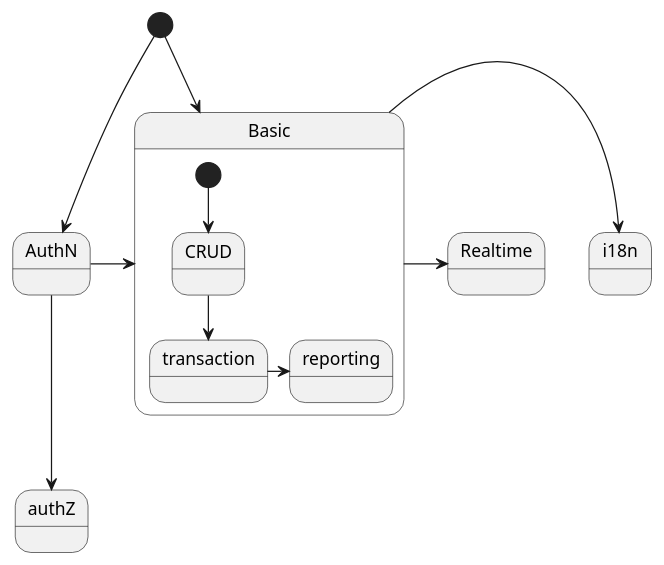
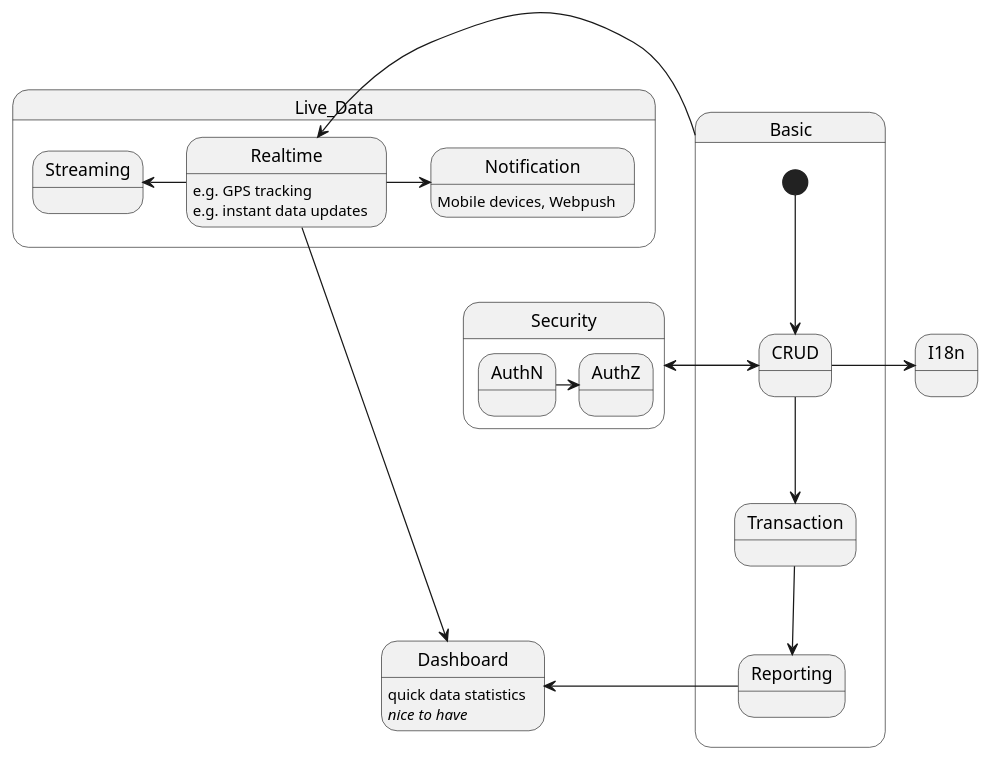
The diagram in common-umls/pathways.wsd (monkeydj/feon-feeder), drawn with PlantUML before and after one commit.

Commit message:
update path across problems

```diff
--- a/common-umls/pathways.wsd
+++ b/common-umls/pathways.wsd
@@ -1,20 +1,40 @@
 @startuml
 
 ' hide empty description
 
-[*] --> AuthN
-[*] --> Basic
+state Security {
+    AuthN -> AuthZ
+}
 
 state Basic {
     [*] --> CRUD
-    CRUD -down-> transaction
-    transaction -> reporting
+    CRUD -down-> Transaction
+    Transaction -down-> Reporting
 }
 
-Basic -> i18n
+state Live_Data {
+    Realtime -> Notification
+    Realtime -left-> Streaming
+}
+
+Security -> CRUD
+CRUD -> Security
+
+CRUD -> I18n
+
 Basic -> Realtime
 
-AuthN -> Basic
-AuthN -down-> authZ
+Reporting -> Dashboard
+Realtime -> Dashboard
+
+' problem descriptions
+
+Realtime : e.g. GPS tracking
+Realtime : e.g. instant data updates
+
+Notification : Mobile devices, Webpush
+
+Dashboard : quick data statistics
+Dashboard : <i>nice to have</i>
 
 @enduml
```
